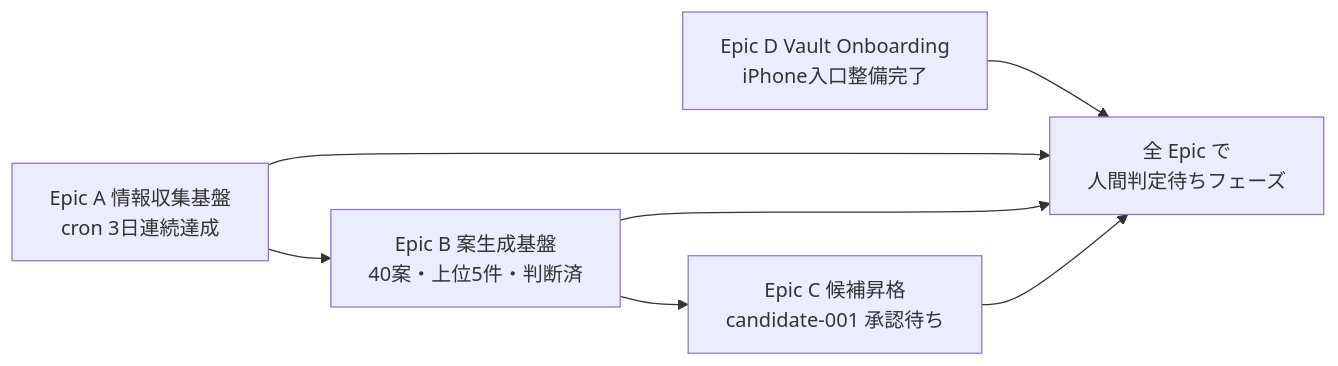
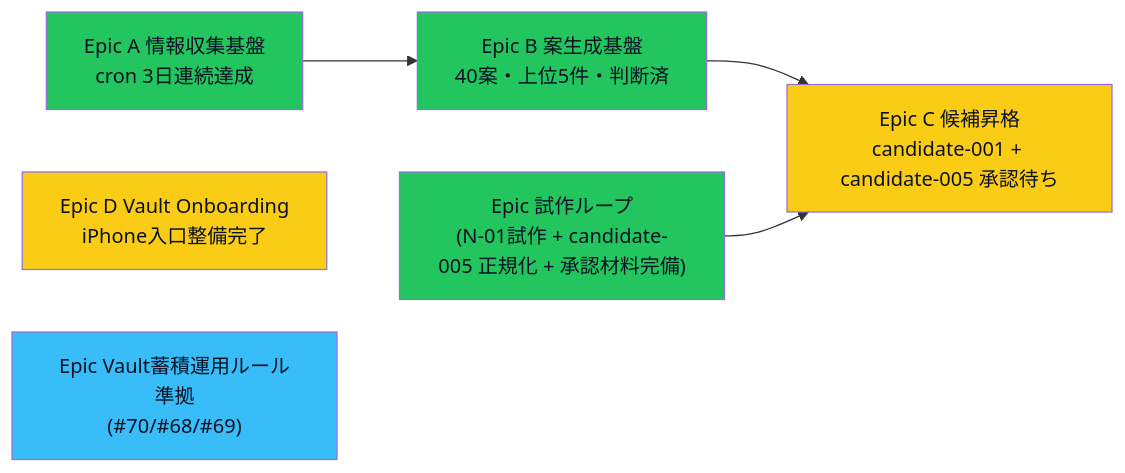
The diagram in 05_monetization/epics.md (kaeru07/vault), drawn with Mermaid before and after one commit. The commit also changed other lines of this file and 7 other files, not shown here.

First line of the commit message:
vloop4: Vault 蓄積運用ルール準拠 Epic 一体実装 #70/#63/#68/#69

````diff
--- a/05_monetization/epics.md
+++ b/05_monetization/epics.md
@@ -110,9 +110,13 @@
 ```mermaid
 flowchart LR
-  A["Epic A 情報収集基盤<br/>cron 3日連続達成"] --> B["Epic B 案生成基盤<br/>40案・上位5件・判断済"]
-  B --> C["Epic C 候補昇格<br/>candidate-001 承認待ち"]
-  D["Epic D Vault Onboarding<br/>iPhone入口整備完了"] --> All["全 Epic で<br/>人間判定待ちフェーズ"]
-  A --> All
-  B --> All
-  C --> All
+  A["Epic A 情報収集基盤<br/>cron 3日連続達成"]:::done --> B["Epic B 案生成基盤<br/>40案・上位5件・判断済"]:::done
+  B --> C["Epic C 候補昇格<br/>candidate-001 + candidate-005 承認待ち"]:::user
+  D["Epic D Vault Onboarding<br/>iPhone入口整備完了"]:::user
+  E["Epic 試作ループ<br/>(N-01試作 + candidate-005 正規化 + 承認材料完備)"]:::done --> C
+  F["Epic Vault蓄積運用ルール準拠<br/>(#70/#68/#69)"]:::working
+
+  classDef done fill:#22c55e,color:#0b1224
+  classDef user fill:#facc15,color:#0b1224
+  classDef working fill:#38bdf8,color:#0b1224
+  classDef next fill:#a78bfa,color:#0b1224
 ```
````
